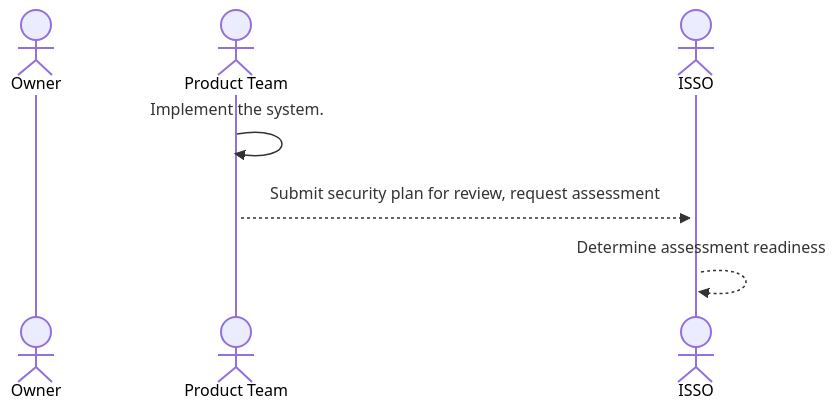
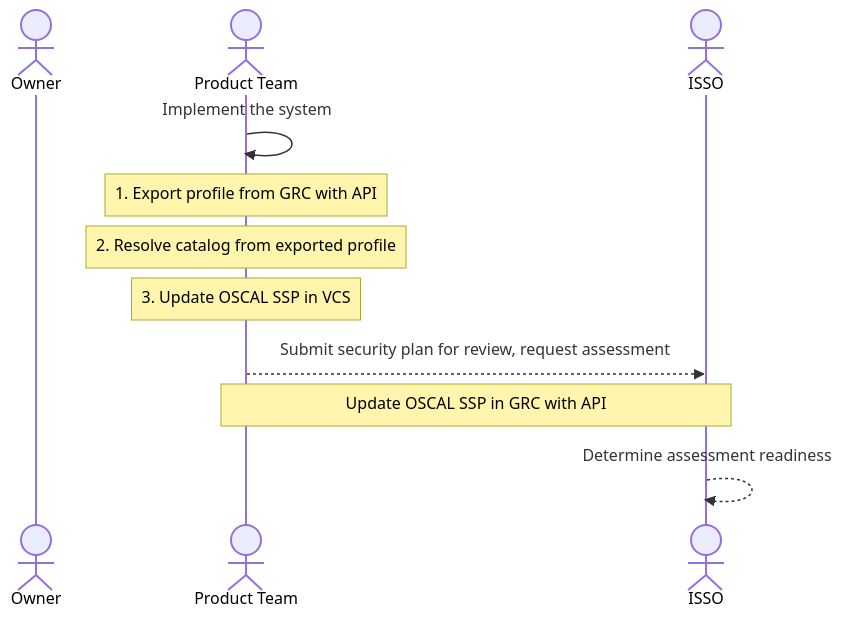
One commit to aj-stein-nist/oscal-2023-workshop changed the diagram in docs/support/rmf4_implement.mermaid. Above: the diagram before and after it, drawn with Mermaid. The commit also changed 8 other files, not shown here.

Commit message:
Many slide and diagram updates from Nikita.

```diff
--- a/docs/support/rmf4_implement.mermaid
+++ b/docs/support/rmf4_implement.mermaid
@@ -1,7 +1,11 @@
 sequenceDiagram
     actor Owner
     actor Product Team
     actor ISSO
-    Product Team->>+Product Team: Implement the system.
-    Product Team-->>+ISSO: Submit security plan for review, request assessment
-    ISSO-->>+ISSO: Determine assessment readiness
+    Product Team->>Product Team: Implement the system
+    Note over Product Team: 1. Export profile from GRC with API
+    Note over Product Team: 2. Resolve catalog from exported profile
+    Note over Product Team: 3. Update OSCAL SSP in VCS
+    Product Team-->>ISSO: Submit security plan for review, request assessment
+    Note over Product Team,ISSO: Update OSCAL SSP in GRC with API
+    ISSO-->>ISSO: Determine assessment readiness
```
